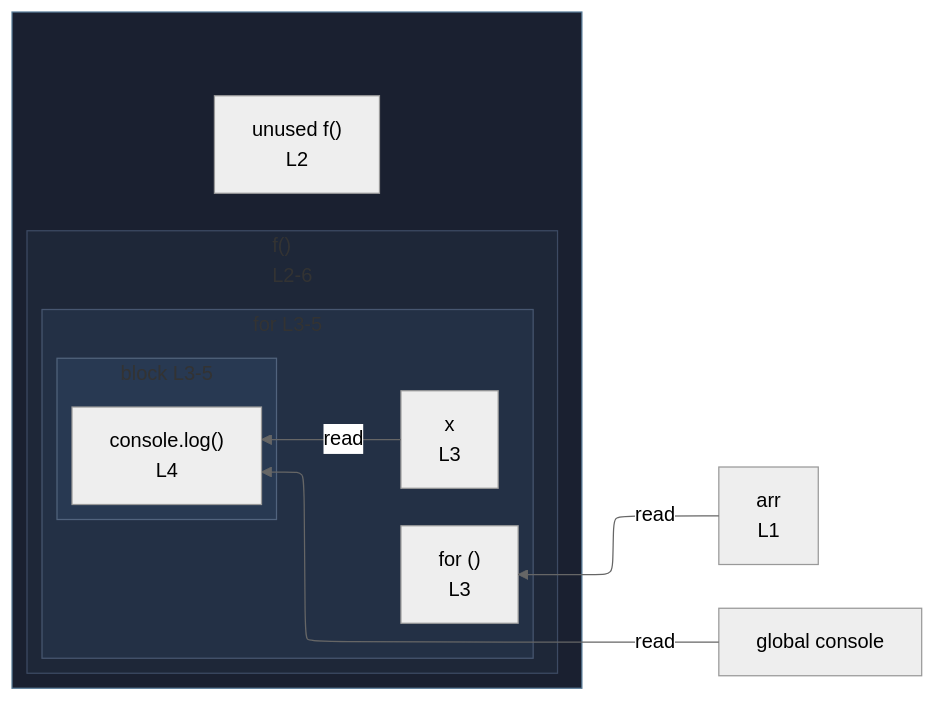
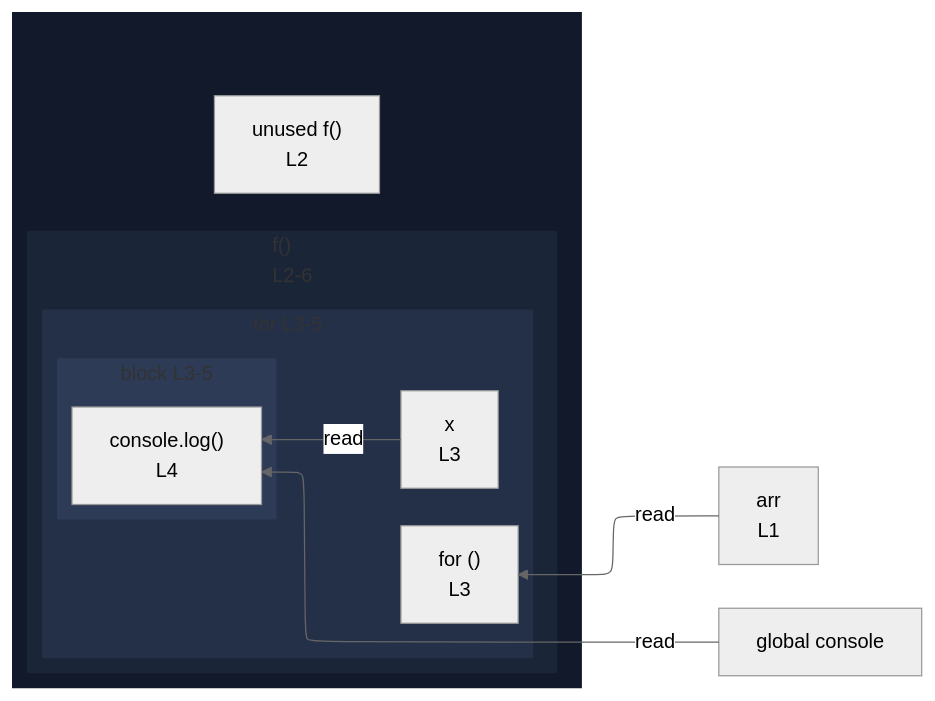
Before and after one commit to crescware/unsnarl: the diagram in integration/fixtures/iteration-statement/for-of/in-function-body/preview.md, drawn with Mermaid (neutral theme). The commit also changed 263 other files, not shown here.

First line of the commit message:
Drop fnWrap class and color function wrappers via the nest palette

````diff
--- a/integration/fixtures/iteration-statement/for-of/in-function-body/preview.md
+++ b/integration/fixtures/iteration-statement/for-of/in-function-body/preview.md
@@ -16,33 +16,33 @@
 ```mermaid
 %%{init: {"flowchart": {"defaultRenderer": "elk"}}}%%
 flowchart RL
   n_scope_0_arr_6["arr<br/>L1"]
   n_scope_0_console_61["global console"]
   subgraph wrap_s_scope_1[" "]
     direction TB
     n_scope_0_f_26["unused f()<br/>L2"]
     subgraph s_scope_1["f()<br/>L2-6"]
       direction RL
       subgraph s_scope_2["for L3-5"]
         direction RL
         for_test_scope_1_34["for ()<br/>L3"]
         n_scope_2_x_45["x<br/>L3"]
         subgraph s_scope_3["block L3-5"]
           direction RL
           expr_stmt_61["console.log()<br/>L4"]
         end
       end
     end
   end
   n_scope_0_arr_6 -->|read| for_test_scope_1_34
   n_scope_0_console_61 -->|read| expr_stmt_61
   n_scope_2_x_45 -->|read| expr_stmt_61
-  classDef fnWrap fill:#1a2030,stroke:#5a7d99;
-  class wrap_s_scope_1 fnWrap;
-  classDef nestL1 fill:#1e2738,stroke:#3d4a63;
-  class s_scope_1 nestL1;
-  classDef nestL2 fill:#233045,stroke:#475670;
-  class s_scope_2 nestL2;
-  classDef nestL3 fill:#283952,stroke:#51637d;
-  class s_scope_3 nestL3;
+  classDef nestL1 fill:#11192a,stroke:transparent;
+  class wrap_s_scope_1 nestL1;
+  classDef nestL2 fill:#1a2538,stroke:transparent;
+  class s_scope_1 nestL2;
+  classDef nestL3 fill:#243047,stroke:transparent;
+  class s_scope_2 nestL3;
+  classDef nestL4 fill:#2d3b57,stroke:transparent;
+  class s_scope_3 nestL4;
 ```
````
